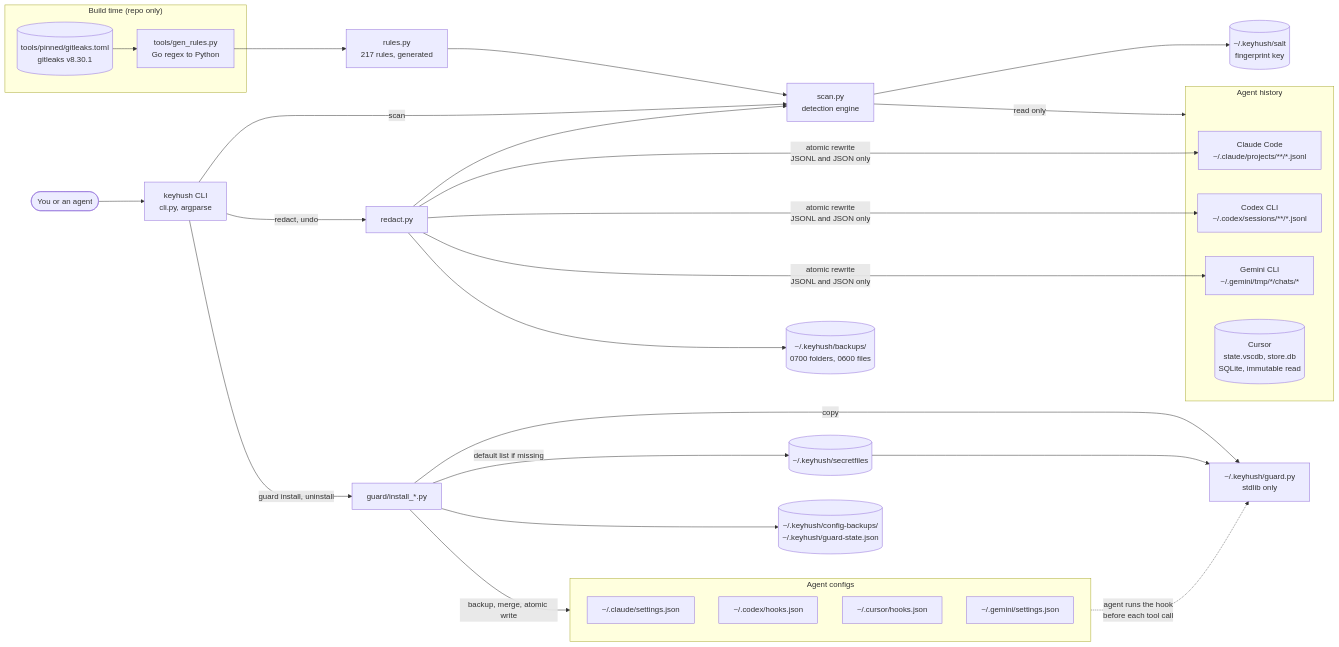
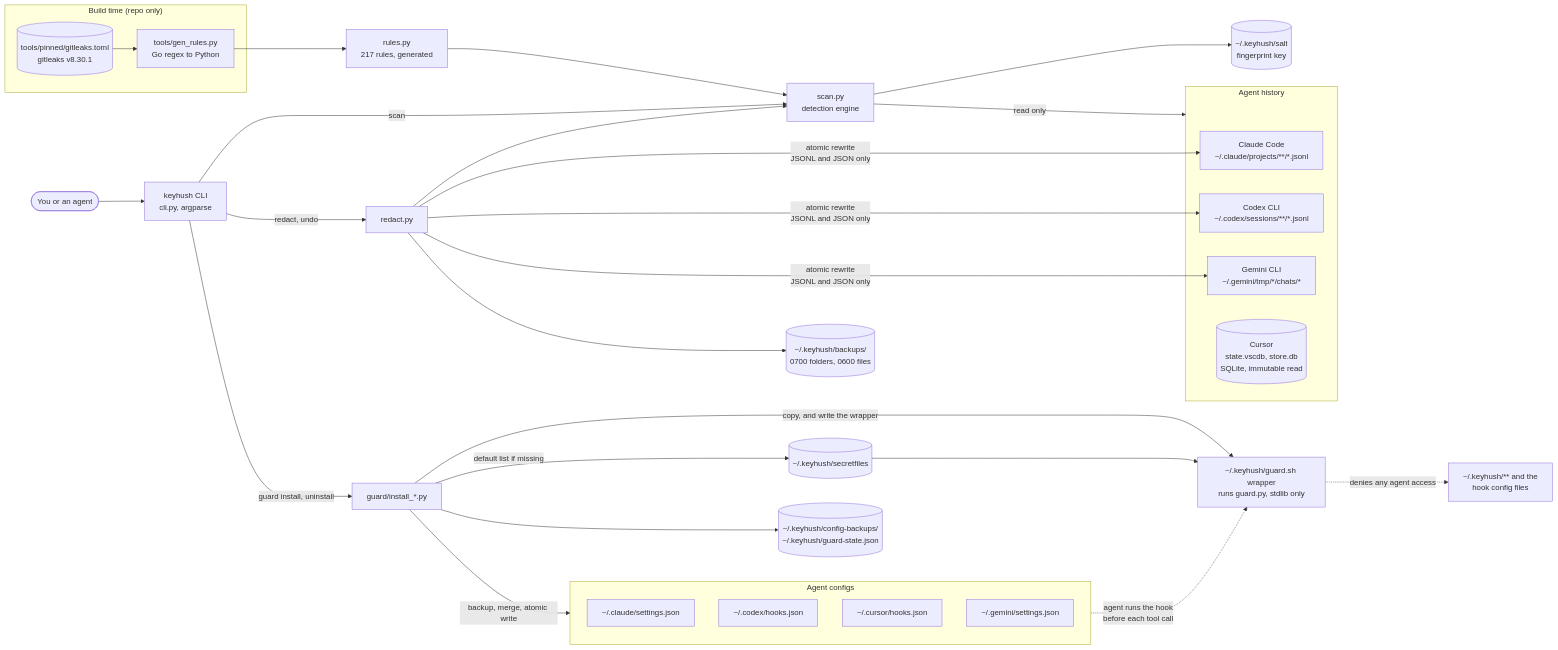
The diagram in diagrams/01-architecture-overview.mmd (Sparli/denypeek), drawn with Mermaid before and after one commit. The commit also changed 3 other files, not shown here.

First line of the commit message:
docs: guard flow, README and guard spec for self-protection, the wrapper and new bypass handling

```diff
--- a/diagrams/01-architecture-overview.mmd
+++ b/diagrams/01-architecture-overview.mmd
@@ -1,37 +1,38 @@
 flowchart LR
     U(["You or an agent"]) --> CLI["keyhush CLI<br/>cli.py, argparse"]
 
     subgraph build["Build time (repo only)"]
         GL[("tools/pinned/gitleaks.toml<br/>gitleaks v8.30.1")] --> GEN["tools/gen_rules.py<br/>Go regex to Python"]
     end
     GEN --> RULES["rules.py<br/>217 rules, generated"]
 
     CLI -->|scan| SCAN["scan.py<br/>detection engine"]
     RULES --> SCAN
     SCAN -->|read only| SRC
     subgraph SRC["Agent history"]
         C1["Claude Code<br/>~/.claude/projects/**/*.jsonl"]
         C2["Codex CLI<br/>~/.codex/sessions/**/*.jsonl"]
         C3["Gemini CLI<br/>~/.gemini/tmp/*/chats/*"]
         C4[("Cursor<br/>state.vscdb, store.db<br/>SQLite, immutable read")]
     end
 
     CLI -->|redact, undo| RED["redact.py"]
     RED --> SCAN
     RED -->|"atomic rewrite<br/>JSONL and JSON only"| C1 & C2 & C3
     RED --> BK[("~/.keyhush/backups/<br/>0700 folders, 0600 files")]
     SCAN --> SALT[("~/.keyhush/salt<br/>fingerprint key")]
 
     CLI -->|guard install, uninstall| INST["guard/install_*.py"]
-    INST -->|copy| GP["~/.keyhush/guard.py<br/>stdlib only"]
+    INST -->|"copy, and write the wrapper"| GP["~/.keyhush/guard.sh wrapper<br/>runs guard.py, stdlib only"]
     INST -->|"default list if missing"| PAT[("~/.keyhush/secretfiles")]
     INST -->|"backup, merge, atomic write"| CFG
     INST --> CB[("~/.keyhush/config-backups/<br/>~/.keyhush/guard-state.json")]
     subgraph CFG["Agent configs"]
         K1["~/.claude/settings.json"]
         K2["~/.codex/hooks.json"]
         K3["~/.cursor/hooks.json"]
         K4["~/.gemini/settings.json"]
     end
     CFG -.->|"agent runs the hook<br/>before each tool call"| GP
     PAT --> GP
+    GP -.->|"denies any agent access"| PROT["~/.keyhush/** and the<br/>hook config files"]
```
